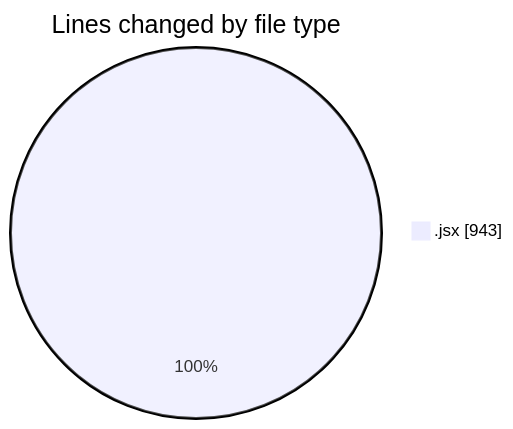
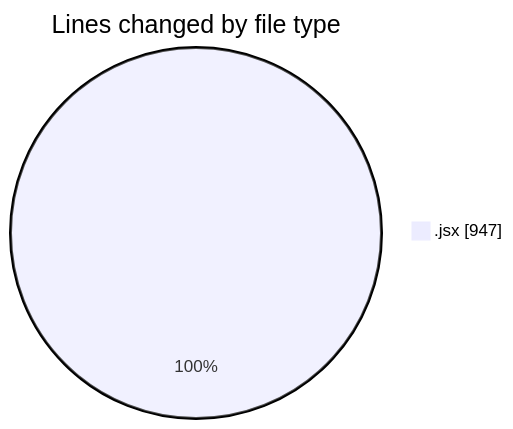
The first of 2 diagrams in 2025-06-30/argos/README.md (nxtqubesakshisongat/code-tracking), drawn with Mermaid before and after one commit. The commit also changed other lines of this file and 1 other file, not shown here.

````diff
--- a/2025-06-30/argos/README.md
+++ b/2025-06-30/argos/README.md
@@ -22,5 +22,5 @@
 ```mermaid
 pie showData
 title Lines changed by file type
-".jsx" : 943
+".jsx" : 947
 ```
````
